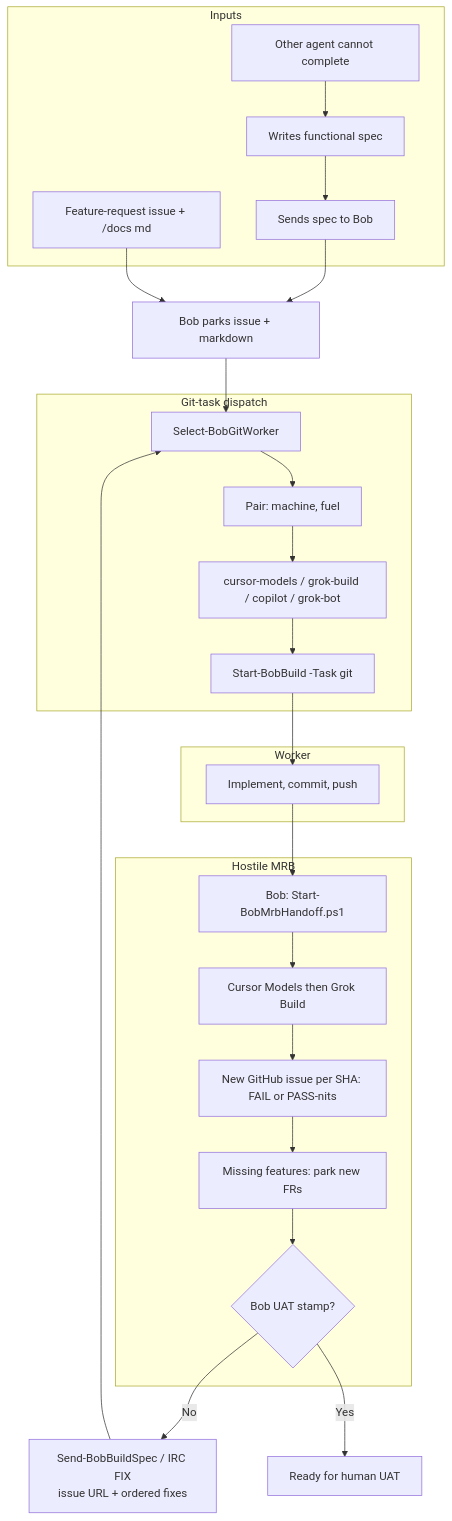
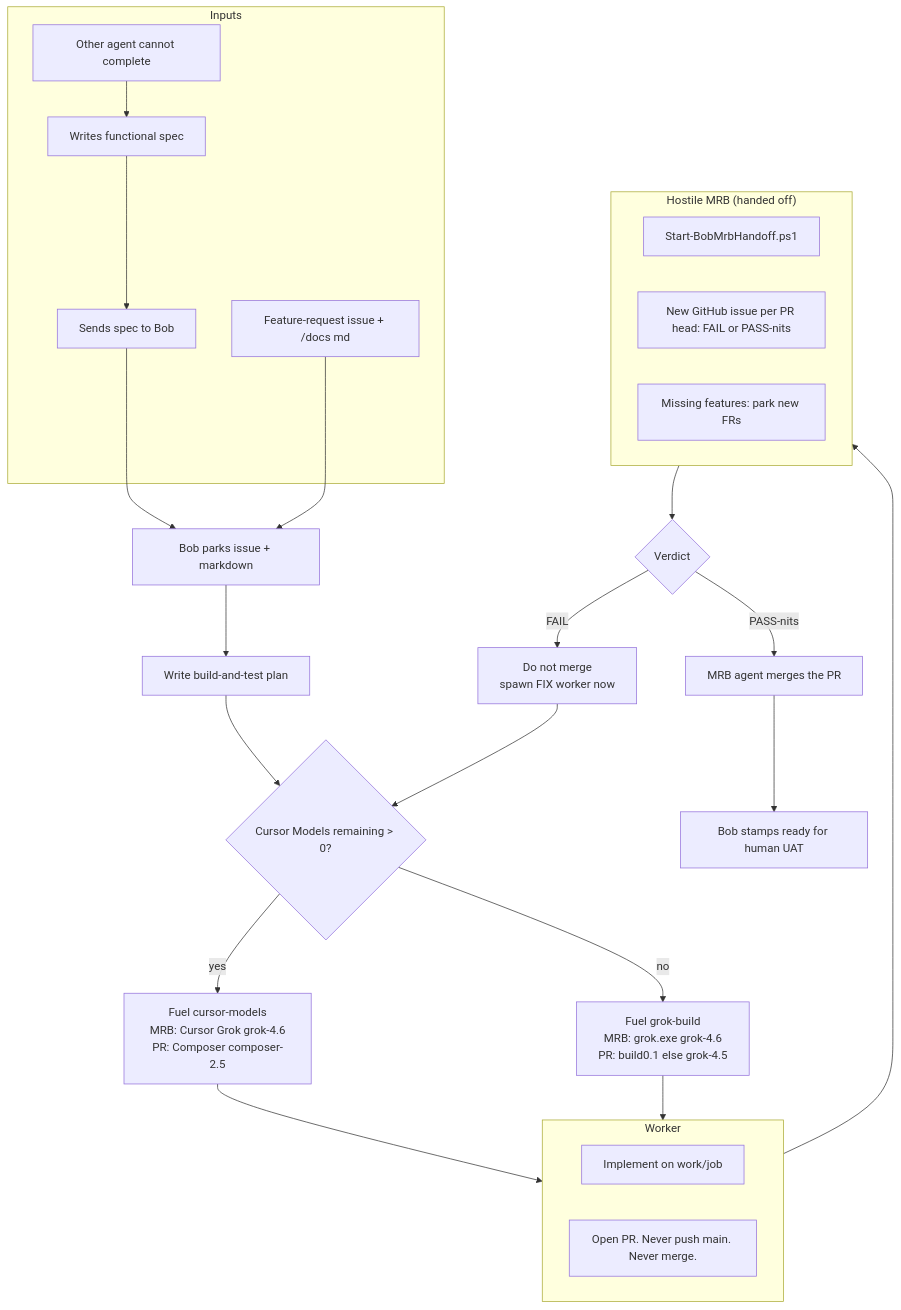
Before and after one commit to SimonBarnett/agentic_build: the diagram in README.md, drawn with Mermaid. The commit also changed other lines of this file and 21 other files, not shown here.

First line of the commit message:
docs: Cursor Models PR/MRB transaction until tokens empty

````diff
--- a/README.md
+++ b/README.md
@@ -49,41 +53,40 @@
 ```mermaid
 flowchart TB
   subgraph IN["Inputs"]
     A1["Other agent cannot complete"]
     A2["Writes functional spec"]
     A3["Sends spec to Bob"]
     F1["Feature-request issue + /docs md"]
   end
 
   A1 --> A2 --> A3
   A3 --> PARK
   F1 --> PARK["Bob parks issue + markdown"]
+  PARK --> PLAN["Write build-and-test plan"]
 
-  subgraph DISPATCH["Git-task dispatch"]
-    P1["Select-BobGitWorker"]
-    P2["Pair: machine, fuel"]
-    P3["cursor-models / grok-build / copilot / grok-bot"]
-    P4["Start-BobBuild -Task git"]
+  PLAN --> FUEL{"Cursor Models remaining > 0?"}
+  FUEL -->|yes| CUR["Fuel cursor-models\nMRB: Cursor Grok grok-4.6\nPR: Composer composer-2.5"]
+  FUEL -->|no| GROK["Fuel grok-build\nMRB: grok.exe grok-4.6\nPR: build0.1 else grok-4.5"]
+
+  CUR --> BUILD
+  GROK --> BUILD
+
+  subgraph BUILD["Worker"]
+    D1["Implement on work/job"]
+    D2["Open PR. Never push main. Never merge."]
   end
 
-  PARK --> P1 --> P2 --> P3 --> P4
+  BUILD --> MRB
 
-  subgraph BUILD["Worker"]
-    D1["Implement, commit, push"]
+  subgraph MRB["Hostile MRB (handed off)"]
+    M1["Start-BobMrbHandoff.ps1"]
+    M2["New GitHub issue per PR head: FAIL or PASS-nits"]
+    M3["Missing features: park new FRs"]
   end
 
-  P4 --> D1
-
-  subgraph MRB["Hostile MRB"]
-    M1["Bob: Start-BobMrbHandoff.ps1"]
-    M2["Cursor Models then Grok Build"]
-    M3["New GitHub issue per SHA: FAIL or PASS-nits"]
-    M4["Missing features: park new FRs"]
-    M5{"Bob UAT stamp?"}
-  end
-
-  D1 --> M1 --> M2 --> M3 --> M4 --> M5
-  M5 -->|No| FIX["Send-BobBuildSpec / IRC FIX\nissue URL + ordered fixes"]
-  FIX --> P1
-  M5 -->|Yes| UAT["Ready for human UAT"]
+  MRB --> VER{"Verdict"}
+  VER -->|FAIL| FIX["Do not merge\nspawn FIX worker now"]
+  FIX --> FUEL
+  VER -->|PASS-nits| MERGE["MRB agent merges the PR"]
+  MERGE --> UAT["Bob stamps ready for human UAT"]
 ```
````
